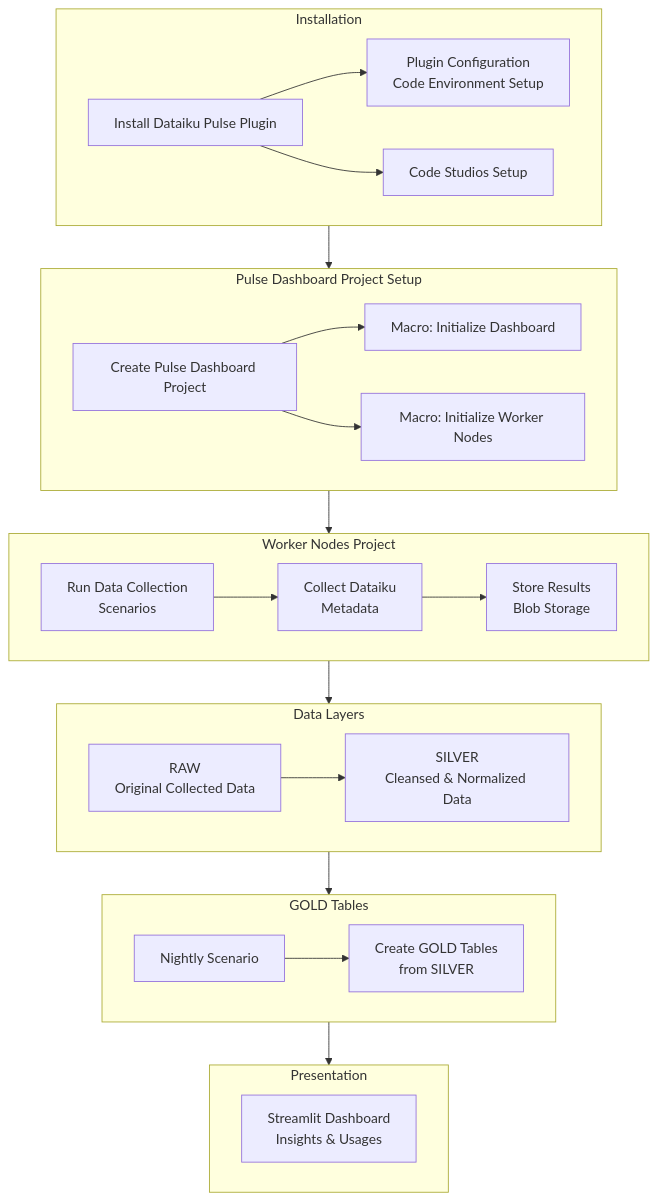
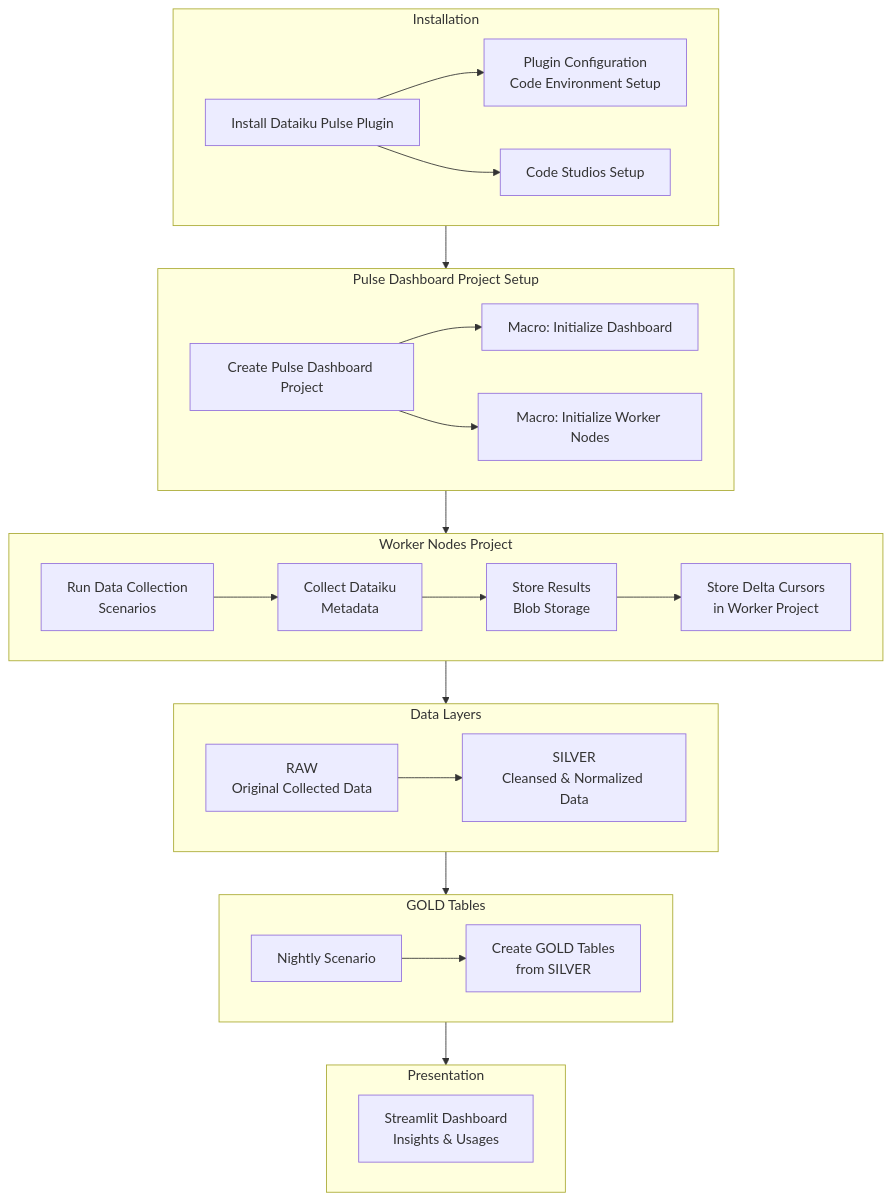
The diagram in docs/infrastructure/pulse_process_flow.md (dataiku/dss-plugin-dataiku-pulse), drawn with Mermaid before and after one commit. The commit also changed 1 other file, not shown here.

Commit message:
Document worker-side cursor storage

````diff
--- a/docs/infrastructure/pulse_process_flow.md
+++ b/docs/infrastructure/pulse_process_flow.md
@@ -3,76 +3,77 @@
 ```mermaid
 
 flowchart TD
 
     %% =========================
     %% Installation
     %% =========================
     subgraph INSTALL[Installation]
         A[Install Dataiku Pulse Plugin]
         A1[Plugin Configuration<br/>Code Environment Setup]
         A2[Code Studios Setup]
 
         A --> A1
         A --> A2
     end
 
     %% =========================
     %% Dashboard Initialization
     %% =========================
     subgraph DASH_INIT[Pulse Dashboard Project Setup]
         B[Create Pulse Dashboard Project]
         B1[Macro: Initialize Dashboard]
         B2[Macro: Initialize Worker Nodes]
 
         B --> B1
         B --> B2
     end
 
     %% =========================
     %% Worker Nodes
     %% =========================
     subgraph WORKER[Worker Nodes Project]
         C1[Run Data Collection<br/>Scenarios]
         C2[Collect Dataiku<br/>Metadata]
         C3[Store Results<br/>Blob Storage]
+        C4[Store Delta Cursors<br/>in Worker Project]
 
-        C1 --> C2 --> C3
+        C1 --> C2 --> C3 --> C4
     end
 
     %% =========================
     %% Data Layers
     %% =========================
     subgraph STORAGE[Data Layers]
         D1[RAW<br/>Original Collected Data]
         D2[SILVER<br/>Cleansed & Normalized Data]
 
         D1 --> D2
     end
 
     %% =========================
     %% GOLD Creation
     %% =========================
     subgraph GOLD[GOLD Tables]
         E1[Nightly Scenario]
         E2[Create GOLD Tables<br/>from SILVER]
 
         E1 --> E2
     end
 
     %% =========================
     %% Streamlit Dashboard
     %% =========================
     subgraph STREAMLIT[Presentation]
         F[Streamlit Dashboard<br/>Insights & Usages]
     end
 
     %% =========================
     %% Flow Connections
     %% =========================
     INSTALL --> DASH_INIT
     DASH_INIT --> WORKER
     WORKER --> STORAGE
     STORAGE --> GOLD
     GOLD --> STREAMLIT
 
 ```
````
